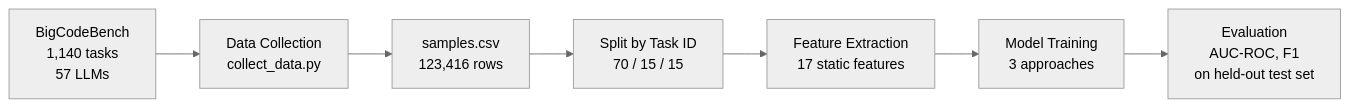
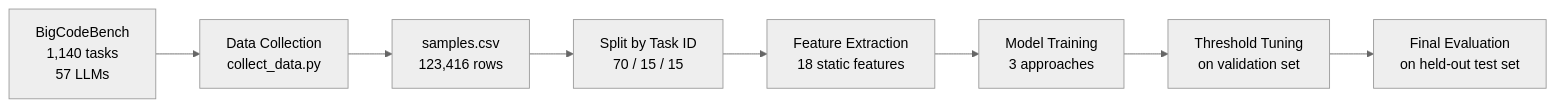
The first of 3 diagrams in README.md (Vihaan8/ml_vibe_check_ai_code_quality), drawn with Mermaid (neutral theme) before and after one commit. The commit also changed other lines of this file and 2 other files, not shown here.

Commit message:
new threshold, better results

````diff
--- a/README.md
+++ b/README.md
@@ -12,9 +12,10 @@
 ```mermaid
 flowchart LR
     A["BigCodeBench\n1,140 tasks\n57 LLMs"] --> B["Data Collection\ncollect_data.py"]
     B --> C["samples.csv\n123,416 rows"]
     C --> D["Split by Task ID\n70 / 15 / 15"]
-    D --> E["Feature Extraction\n17 static features"]
+    D --> E["Feature Extraction\n18 static features"]
     E --> F["Model Training\n3 approaches"]
-    F --> G["Evaluation\nAUC-ROC, F1\non held-out test set"]
+    F --> G["Threshold Tuning\non validation set"]
+    G --> H["Final Evaluation\non held-out test set"]
 ```
````
